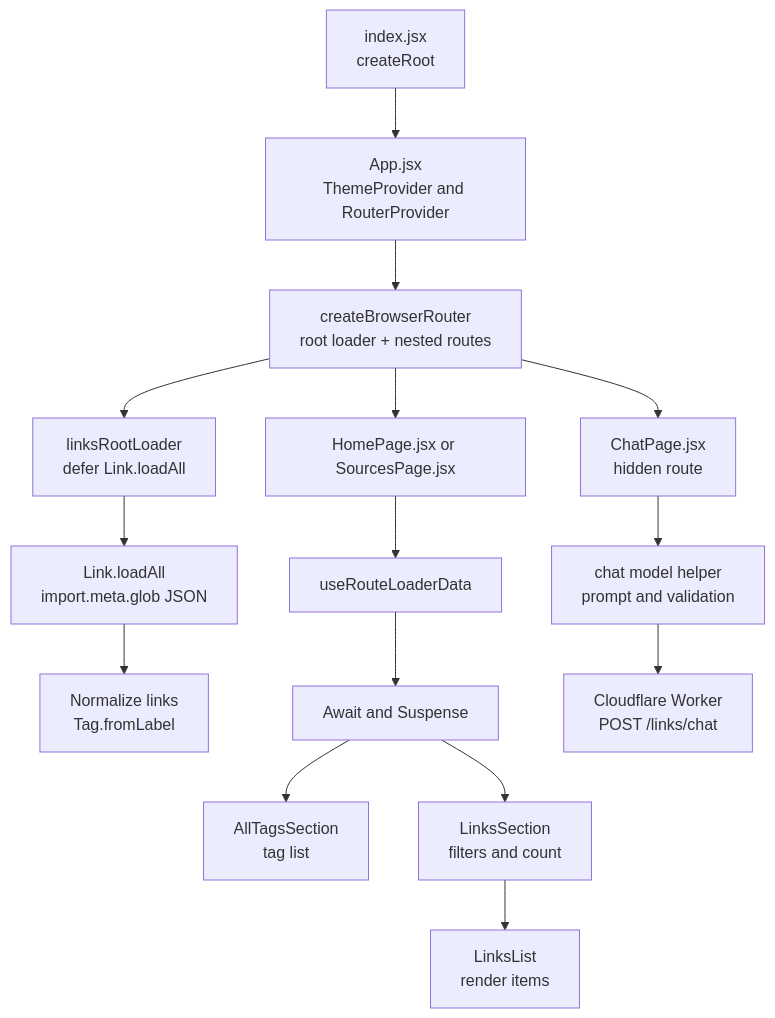
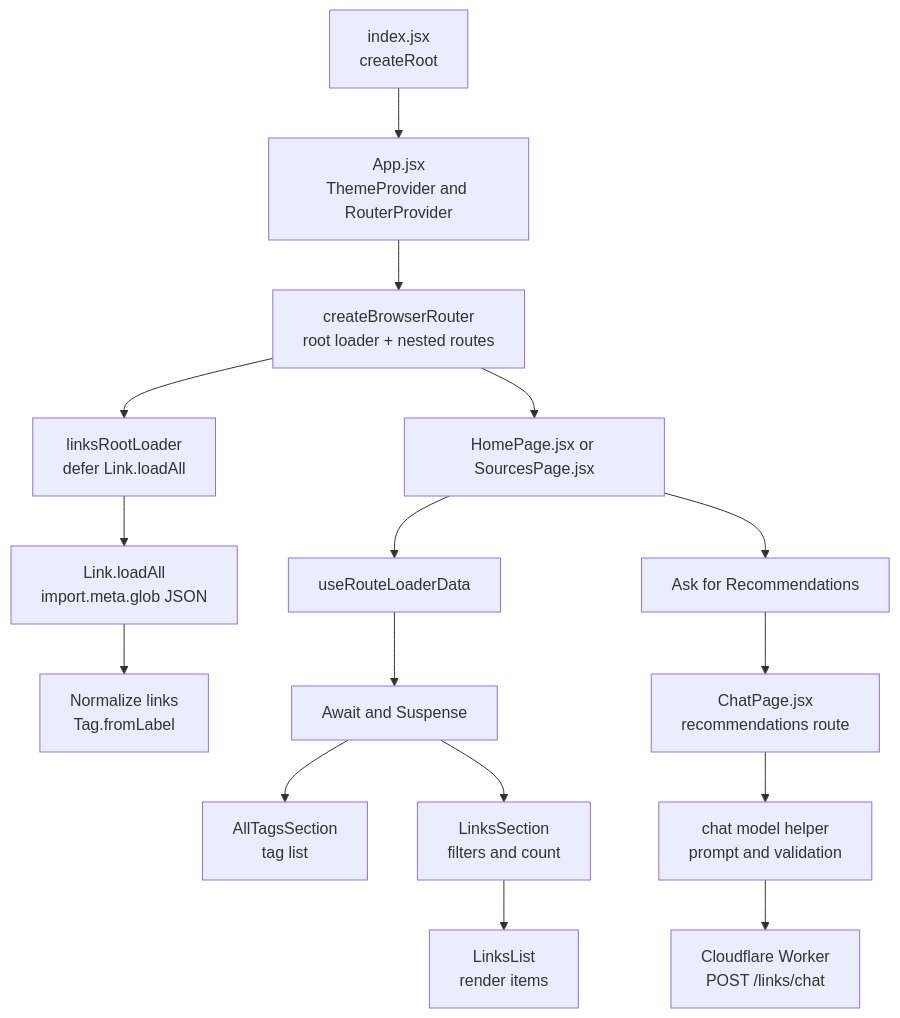
The diagram in README.md (johnpfeiffer/links-app), drawn with Mermaid before and after one commit. The commit also changed other lines of this file and 14 other files, not shown here.

````diff
--- a/README.md
+++ b/README.md
@@ -73,17 +73,18 @@
 ```mermaid
 flowchart TD
   A[index.jsx<br/>createRoot] --> B[App.jsx<br/>ThemeProvider and RouterProvider]
   B --> C[createBrowserRouter<br/>root loader + nested routes]
   C --> D[linksRootLoader<br/>defer Link.loadAll]
   D --> E[Link.loadAll<br/>import.meta.glob JSON]
   E --> F[Normalize links<br/>Tag.fromLabel]
   C --> G[HomePage.jsx or SourcesPage.jsx]
   G --> H[useRouteLoaderData]
   H --> I[Await and Suspense]
   I --> J[AllTagsSection<br/>tag list]
   I --> K[LinksSection<br/>filters and count]
   K --> L[LinksList<br/>render items]
-  C --> M[ChatPage.jsx<br/>hidden route]
-  M --> N[chat model helper<br/>prompt and validation]
+  G --> M[Ask for Recommendations]
+  M --> P[ChatPage.jsx<br/>recommendations route]
+  P --> N[chat model helper<br/>prompt and validation]
   N --> O[Cloudflare Worker<br/>POST /links/chat]
 ```
````
